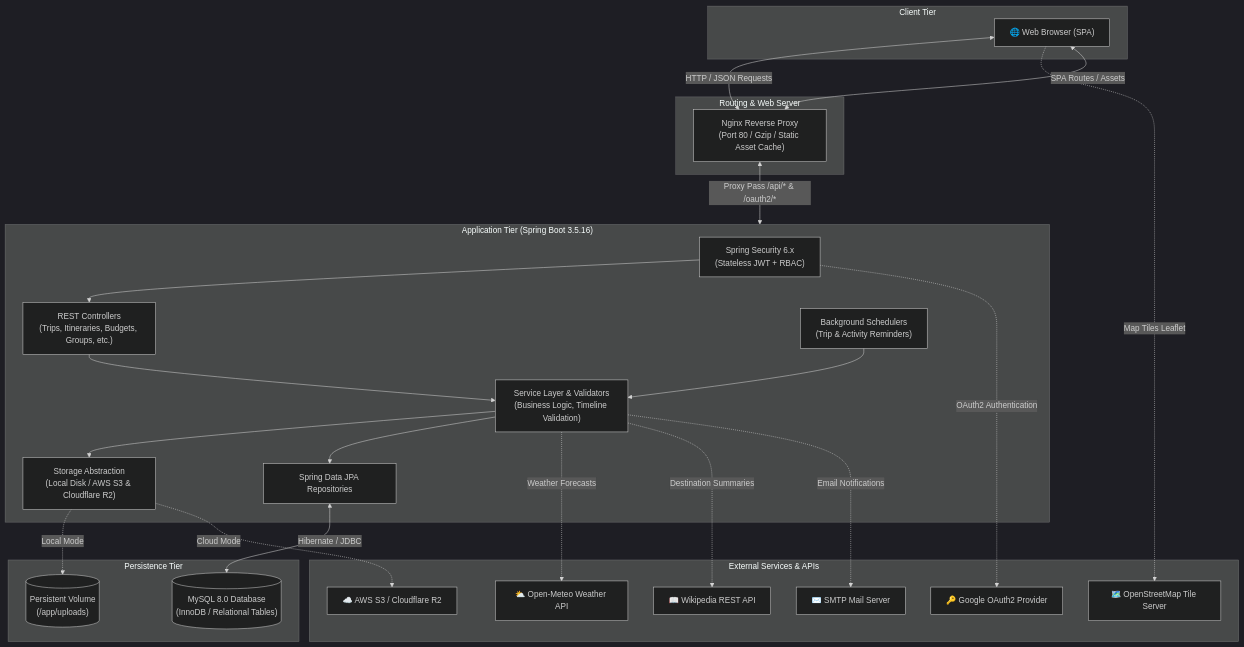
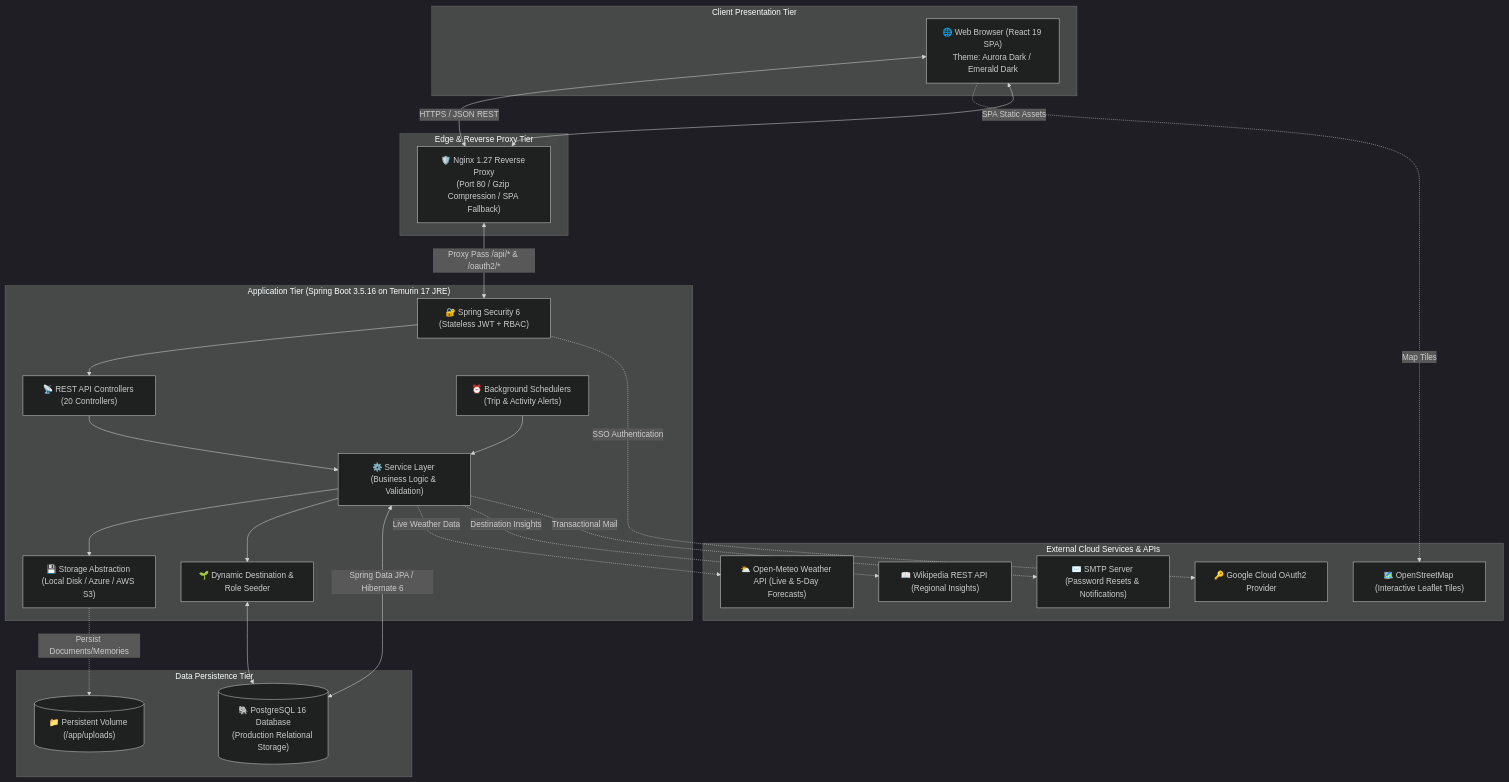
Before and after one commit to Sach-in-SE/TripNest: the diagram in readme.md, drawn with Mermaid (dark theme). The commit also changed other lines of this file and 61 other files, not shown here.

Commit message:
feat(release): final production deployment - India-centric preview, dual dark themes, trip cover fallbacks, and updated README

````diff
--- a/readme.md
+++ b/readme.md
@@ -74,54 +29,54 @@
 ```mermaid
 flowchart TD
-    subgraph Client["Client Tier"]
-        Browser["🌐 Web Browser (SPA)"]
+    subgraph ClientTier["Client Presentation Tier"]
+        Browser["🌐 Web Browser (React 19 SPA)\nTheme: Aurora Dark / Emerald Dark"]
     end
 
-    subgraph ReverseProxy["Routing & Web Server"]
-        Nginx["Nginx Reverse Proxy\n(Port 80 / Gzip / Static Asset Cache)"]
+    subgraph EdgeRouting["Edge & Reverse Proxy Tier"]
+        Nginx["🛡️ Nginx 1.27 Reverse Proxy\n(Port 80 / Gzip Compression / SPA Fallback)"]
     end
 
-    subgraph BackendTier["Application Tier (Spring Boot 3.5.16)"]
-        Security["Spring Security 6.x\n(Stateless JWT + RBAC)"]
-        Controllers["REST Controllers\n(Trips, Itineraries, Budgets, Groups, etc.)"]
-        Services["Service Layer & Validators\n(Business Logic, Timeline Validation)"]
-        Schedulers["Background Schedulers\n(Trip & Activity Reminders)"]
-        Storage["Storage Abstraction\n(Local Disk / AWS S3 & Cloudflare R2)"]
-        Repos["Spring Data JPA Repositories"]
+    subgraph AppTier["Application Tier (Spring Boot 3.5.16 on Temurin 17 JRE)"]
+        Security["🔐 Spring Security 6 (Stateless JWT + RBAC)"]
+        Controllers["📡 REST API Controllers (20 Controllers)"]
+        Services["⚙️ Service Layer (Business Logic & Validation)"]
+        Schedulers["⏰ Background Schedulers (Trip & Activity Alerts)"]
+        Storage["💾 Storage Abstraction (Local Disk / Azure / AWS S3)"]
+        DataSeeder["🌱 Dynamic Destination & Role Seeder"]
     end
 
-    subgraph DataTier["Persistence Tier"]
-        MySQL[("MySQL 8.0 Database\n(InnoDB / Relational Tables)")]
-        DiskStorage[("Persistent Volume\n(/app/uploads)")]
+    subgraph DataTier["Data Persistence Tier"]
+        Postgres[("🐘 PostgreSQL 16 Database\n(Production Relational Storage)")]
+        DiskStorage[("📁 Persistent Volume (/app/uploads)")]
     end
 
-    subgraph ExternalServices["External Services & APIs"]
-        GoogleOAuth["🔑 Google OAuth2 Provider"]
-        OpenMeteo["⛅ Open-Meteo Weather API"]
-        Wikipedia["📖 Wikipedia REST API"]
-        OSM["🗺️ OpenStreetMap Tile Server"]
-        SMTP["✉️ SMTP Mail Server"]
-        CloudS3["☁️ AWS S3 / Cloudflare R2"]
+    subgraph ExternalAPIs["External Cloud Services & APIs"]
+        OpenMeteo["⛅ Open-Meteo Weather API (Live & 5-Day Forecasts)"]
+        Wikipedia["📖 Wikipedia REST API (Regional Insights)"]
+        OSM["🗺️ OpenStreetMap (Interactive Leaflet Tiles)"]
+        GoogleOAuth["🔑 Google Cloud OAuth2 Provider"]
+        SMTP["✉️ SMTP Server (Password Resets & Notifications)"]
     end
 
-    %% Connections
-    Browser <-->|HTTP / JSON Requests| Nginx
-    Nginx <-->|SPA Routes / Assets| Browser
-    Nginx <-->|Proxy Pass /api/* & /oauth2/*| BackendTier
-    
+    %% Client Routing
+    Browser <-->|HTTPS / JSON REST| Nginx
+    Nginx <-->|SPA Static Assets| Browser
+    Nginx <-->|Proxy Pass /api/* & /oauth2/*| Security
+
+    %% Application Internal
     Security --> Controllers
     Controllers --> Services
     Schedulers --> Services
     Services --> Storage
-    Services --> Repos
-    Repos <-->|Hibernate / JDBC| MySQL
-    
-    Storage -.->|Local Mode| DiskStorage
-    Storage -.->|Cloud Mode| CloudS3
-    
-    Services -.->|Weather Forecasts| OpenMeteo
-    Services -.->|Destination Summaries| Wikipedia
-    Services -.->|Email Notifications| SMTP
-    Browser -.->|Map Tiles Leaflet| OSM
-    Security -.->|OAuth2 Authentication| GoogleOAuth
+    Services --> DataSeeder
+    DataSeeder <--> Postgres
+    Services <-->|Spring Data JPA / Hibernate 6| Postgres
+
+    %% Storage & Integrations
+    Storage -.->|Persist Documents/Memories| DiskStorage
+    Services -.->|Live Weather Data| OpenMeteo
+    Services -.->|Destination Insights| Wikipedia
+    Services -.->|Transactional Mail| SMTP
+    Browser -.->|Map Tiles| OSM
+    Security -.->|SSO Authentication| GoogleOAuth
 ```
````
